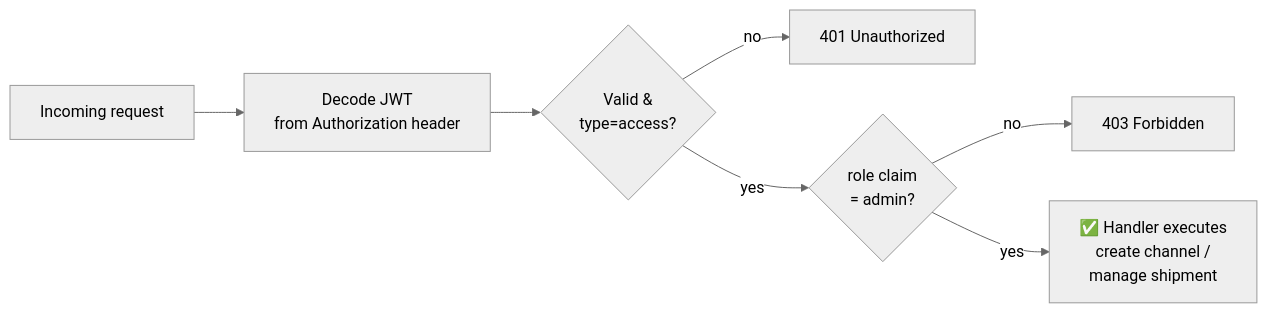
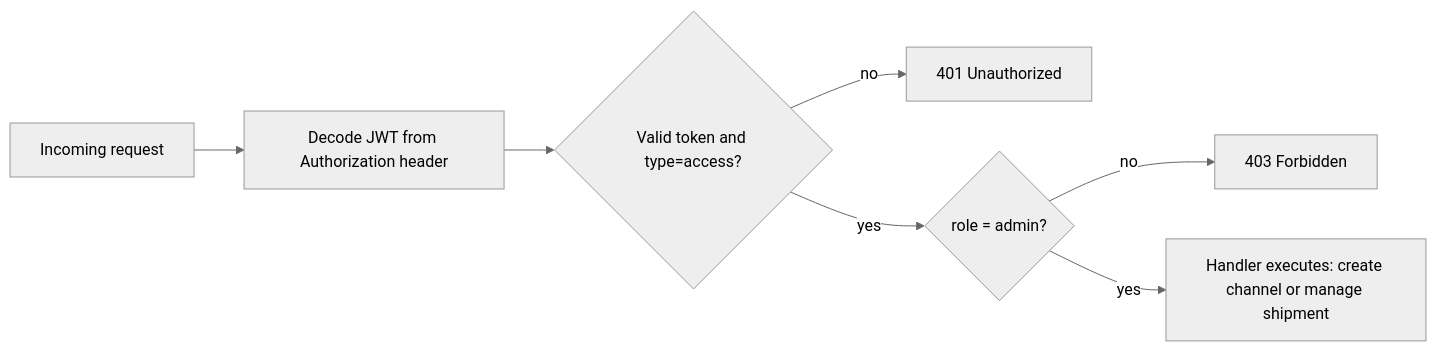
The fourth of 5 diagrams in README.md (theshreyashguy/Real-Time-Logistics-Collaboration--Platform), drawn with Mermaid (neutral theme) before and after one commit. The commit also changed other lines of this file, not shown here.

Commit message:
Refactor README for improved clarity in sequence diagrams and message flow; enhance descriptions of worker interactions and error handling.

````diff
--- a/README.md
+++ b/README.md
@@ -229,9 +228,9 @@
 ```mermaid
 flowchart LR
-    REQ[Incoming request] --> JWT[Decode JWT\nfrom Authorization header]
-    JWT --> VALID{Valid &\ntype=access?}
+    REQ[Incoming request] --> JWT[Decode JWT from Authorization header]
+    JWT --> VALID{Valid token and type=access?}
     VALID -- no --> 401[401 Unauthorized]
-    VALID -- yes --> ROLE{role claim\n= admin?}
+    VALID -- yes --> ROLE{role = admin?}
     ROLE -- no --> 403[403 Forbidden]
-    ROLE -- yes --> HANDLER[✅ Handler executes\ncreate channel /\nmanage shipment]
+    ROLE -- yes --> HANDLER[Handler executes: create channel or manage shipment]
 ```
````
